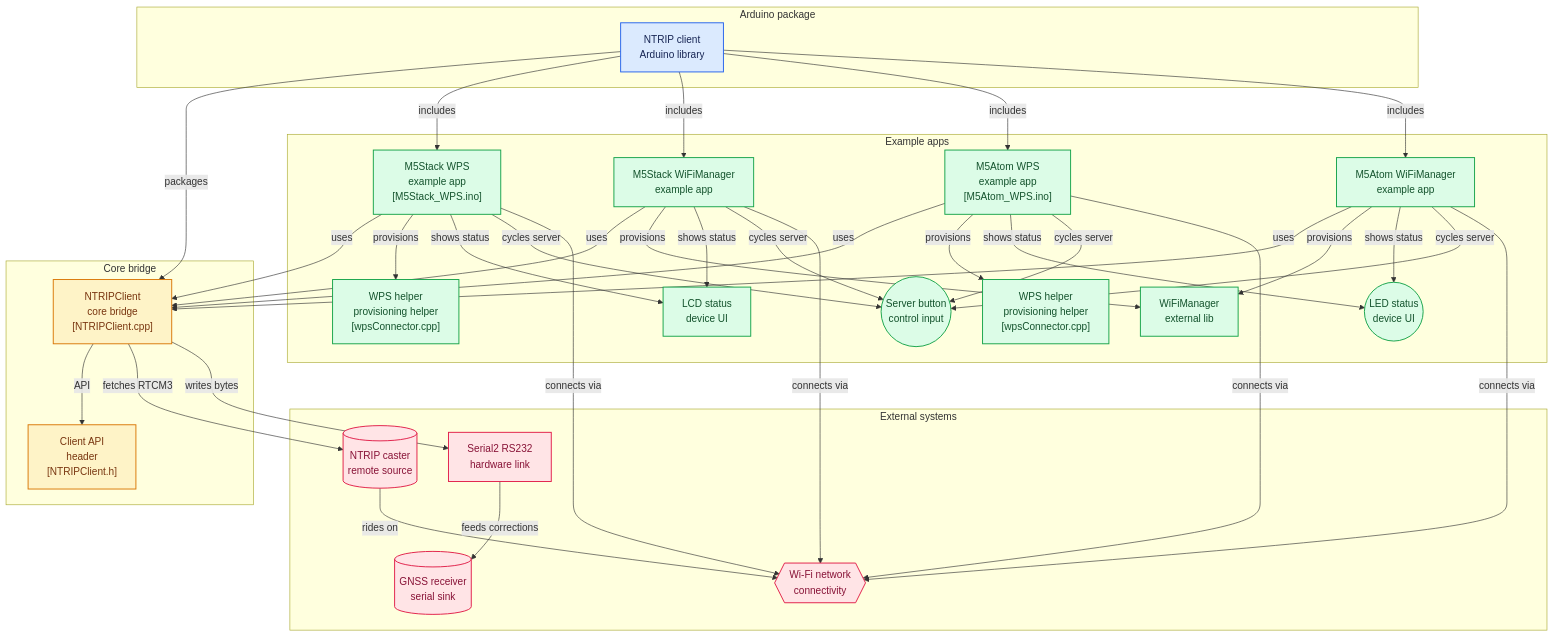
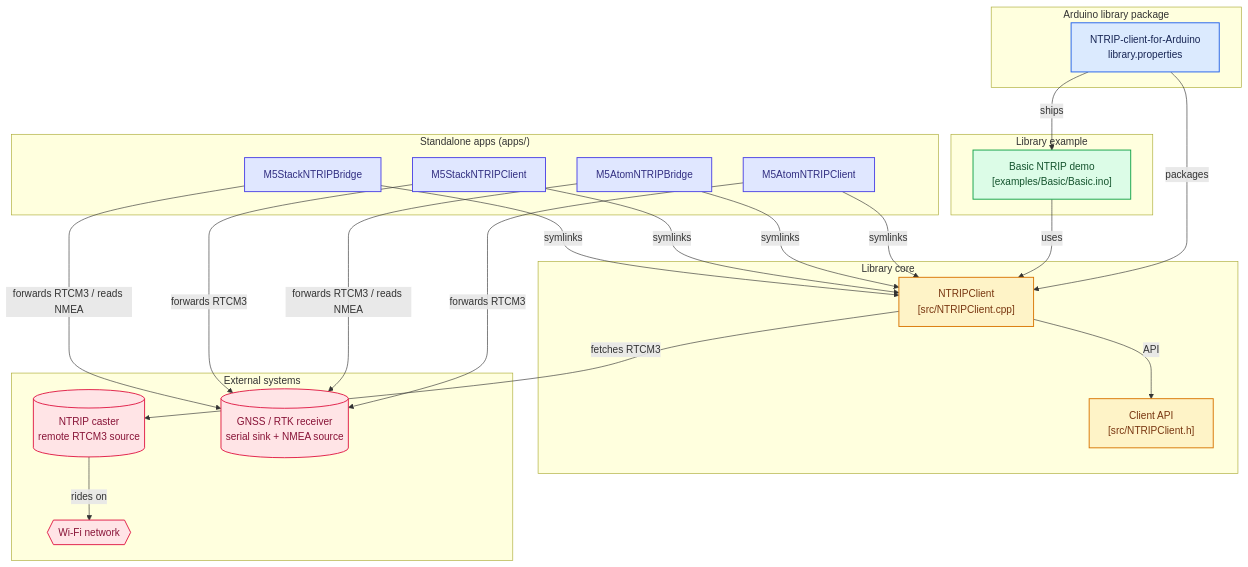
One commit to yasunorioi/NTRIP-client-for-Arduino changed the diagram in README.md. Above: the diagram before and after it, drawn with Mermaid. The commit also changed other lines of this file and 9 other files, not shown here.

First line of the commit message:
refactor: replace 4 hardware examples with one minimal API demo

````diff
--- a/README.md
+++ b/README.md
@@ -9,84 +9,63 @@
 ```mermaid
 flowchart TD
 
-subgraph group_package["Arduino package"]
-  node_repo["NTRIP client<br/>Arduino library"]
+subgraph group_package["Arduino library package"]
+  node_repo["NTRIP-client-for-Arduino<br/>library.properties"]
 end
 
-subgraph group_core["Core bridge"]
-  node_src_ntrip["NTRIPClient<br/>core bridge<br/>[NTRIPClient.cpp]"]
-  node_src_ntrip_h["Client API<br/>header<br/>[NTRIPClient.h]"]
+subgraph group_core["Library core"]
+  node_src_ntrip["NTRIPClient<br/>[src/NTRIPClient.cpp]"]
+  node_src_ntrip_h["Client API<br/>[src/NTRIPClient.h]"]
 end
 
-subgraph group_examples["Example apps"]
-  node_m5stack_wps["M5Stack WPS<br/>example app<br/>[M5Stack_WPS.ino]"]
-  node_m5stack_wifi["M5Stack WiFiManager<br/>example app"]
-  node_m5atom_wps["M5Atom WPS<br/>example app<br/>[M5Atom_WPS.ino]"]
-  node_m5atom_wifi["M5Atom WiFiManager<br/>example app"]
-  node_wps_helper_stack["WPS helper<br/>provisioning helper<br/>[wpsConnector.cpp]"]
-  node_wps_helper_atom["WPS helper<br/>provisioning helper<br/>[wpsConnector.cpp]"]
-  node_wifi_manager["WiFiManager<br/>external lib"]
-  node_ui_stack["LCD status<br/>device UI"]
-  node_ui_atom(("LED status<br/>device UI"))
-  node_button(("Server button<br/>control input"))
+subgraph group_example["Library example"]
+  node_basic["Basic NTRIP demo<br/>[examples/Basic/Basic.ino]"]
+end
+
+subgraph group_apps["Standalone apps (apps/)"]
+  node_app_atom_client["M5AtomNTRIPClient"]
+  node_app_atom_bridge["M5AtomNTRIPBridge"]
+  node_app_stack_client["M5StackNTRIPClient"]
+  node_app_stack_bridge["M5StackNTRIPBridge"]
 end
 
 subgraph group_external["External systems"]
-  node_caster[("NTRIP caster<br/>remote source")]
-  node_wifi{{"Wi-Fi network<br/>connectivity"}}
-  node_gnss[("GNSS receiver<br/>serial sink")]
-  node_serial2["Serial2 RS232<br/>hardware link"]
+  node_caster[("NTRIP caster<br/>remote RTCM3 source")]
+  node_wifi{{"Wi-Fi network"}}
+  node_gnss[("GNSS / RTK receiver<br/>serial sink + NMEA source")]
 end
 
 node_repo -->|"packages"| node_src_ntrip
-node_repo -->|"includes"| node_m5stack_wps
-node_repo -->|"includes"| node_m5stack_wifi
-node_repo -->|"includes"| node_m5atom_wps
-node_repo -->|"includes"| node_m5atom_wifi
+node_repo -->|"ships"| node_basic
 node_src_ntrip -->|"API"| node_src_ntrip_h
-node_m5stack_wps -->|"uses"| node_src_ntrip
-node_m5stack_wifi -->|"uses"| node_src_ntrip
-node_m5atom_wps -->|"uses"| node_src_ntrip
-node_m5atom_wifi -->|"uses"| node_src_ntrip
-node_m5stack_wps -->|"provisions"| node_wps_helper_stack
-node_m5atom_wps -->|"provisions"| node_wps_helper_atom
-node_m5stack_wifi -->|"provisions"| node_wifi_manager
-node_m5atom_wifi -->|"provisions"| node_wifi_manager
-node_m5stack_wps -->|"shows status"| node_ui_stack
-node_m5stack_wifi -->|"shows status"| node_ui_stack
-node_m5atom_wps -->|"shows status"| node_ui_atom
-node_m5atom_wifi -->|"shows status"| node_ui_atom
-node_m5stack_wps -->|"cycles server"| node_button
-node_m5stack_wifi -->|"cycles server"| node_button
-node_m5atom_wps -->|"cycles server"| node_button
-node_m5atom_wifi -->|"cycles server"| node_button
-node_m5stack_wps -->|"connects via"| node_wifi
-node_m5stack_wifi -->|"connects via"| node_wifi
-node_m5atom_wps -->|"connects via"| node_wifi
-node_m5atom_wifi -->|"connects via"| node_wifi
+node_basic -->|"uses"| node_src_ntrip
+node_app_atom_client -->|"symlinks"| node_src_ntrip
+node_app_atom_bridge -->|"symlinks"| node_src_ntrip
+node_app_stack_client -->|"symlinks"| node_src_ntrip
+node_app_stack_bridge -->|"symlinks"| node_src_ntrip
 node_src_ntrip -->|"fetches RTCM3"| node_caster
 node_caster -->|"rides on"| node_wifi
-node_src_ntrip -->|"writes bytes"| node_serial2
-node_serial2 -->|"feeds corrections"| node_gnss
+node_app_atom_client -->|"forwards RTCM3"| node_gnss
+node_app_atom_bridge -->|"forwards RTCM3 / reads NMEA"| node_gnss
+node_app_stack_client -->|"forwards RTCM3"| node_gnss
+node_app_stack_bridge -->|"forwards RTCM3 / reads NMEA"| node_gnss
 
 click node_src_ntrip "https://github.com/yasunorioi/NTRIP-client-for-Arduino/blob/master/src/NTRIPClient.cpp"
 click node_src_ntrip_h "https://github.com/yasunorioi/NTRIP-client-for-Arduino/blob/master/src/NTRIPClient.h"
-click node_m5stack_wps "https://github.com/yasunorioi/NTRIP-client-for-Arduino/blob/master/examples/M5Stack_WPS/M5Stack_WPS.ino"
-click node_m5stack_wifi "https://github.com/yasunorioi/NTRIP-client-for-Arduino/blob/master/examples/M5Stack_WiFiManager/M5Stack_WiFiManager.ino"
-click node_m5atom_wps "https://github.com/yasunorioi/NTRIP-client-for-Arduino/blob/master/examples/M5Atom_WPS/M5Atom_WPS.ino"
-click node_m5atom_wifi "https://github.com/yasunorioi/NTRIP-client-for-Arduino/blob/master/examples/M5Atom_WiFiManager/M5Atom_WiFiManager.ino"
-click node_wps_helper_stack "https://github.com/yasunorioi/NTRIP-client-for-Arduino/blob/master/examples/M5Stack_WPS/wpsConnector.cpp"
-click node_wps_helper_atom "https://github.com/yasunorioi/NTRIP-client-for-Arduino/blob/master/examples/M5Atom_WPS/wpsConnector.cpp"
+click node_basic "https://github.com/yasunorioi/NTRIP-client-for-Arduino/blob/master/examples/Basic/Basic.ino"
+click node_app_atom_client "https://github.com/yasunorioi/NTRIP-client-for-Arduino/tree/master/apps/M5AtomNTRIPClient"
+click node_app_atom_bridge "https://github.com/yasunorioi/NTRIP-client-for-Arduino/tree/master/apps/M5AtomNTRIPBridge"
+click node_app_stack_client "https://github.com/yasunorioi/NTRIP-client-for-Arduino/tree/master/apps/M5StackNTRIPClient"
+click node_app_stack_bridge "https://github.com/yasunorioi/NTRIP-client-for-Arduino/tree/master/apps/M5StackNTRIPBridge"
 
-classDef toneNeutral fill:#f8fafc,stroke:#334155,stroke-width:1.5px,color:#0f172a
 classDef toneBlue fill:#dbeafe,stroke:#2563eb,stroke-width:1.5px,color:#172554
 classDef toneAmber fill:#fef3c7,stroke:#d97706,stroke-width:1.5px,color:#78350f
 classDef toneMint fill:#dcfce7,stroke:#16a34a,stroke-width:1.5px,color:#14532d
+classDef toneIndigo fill:#e0e7ff,stroke:#4f46e5,stroke-width:1.5px,color:#312e81
 classDef toneRose fill:#ffe4e6,stroke:#e11d48,stroke-width:1.5px,color:#881337
-classDef toneIndigo fill:#e0e7ff,stroke:#4f46e5,stroke-width:1.5px,color:#312e81
-classDef toneTeal fill:#ccfbf1,stroke:#0f766e,stroke-width:1.5px,color:#134e4a
 class node_repo toneBlue
 class node_src_ntrip,node_src_ntrip_h toneAmber
-class node_m5stack_wps,node_m5stack_wifi,node_m5atom_wps,node_m5atom_wifi,node_wps_helper_stack,node_wps_helper_atom,node_wifi_manager,node_ui_stack,node_ui_atom,node_button toneMint
-class node_caster,node_wifi,node_gnss,node_serial2 toneRose
+class node_basic toneMint
+class node_app_atom_client,node_app_atom_bridge,node_app_stack_client,node_app_stack_bridge toneIndigo
+class node_caster,node_wifi,node_gnss toneRose
 ```
````
